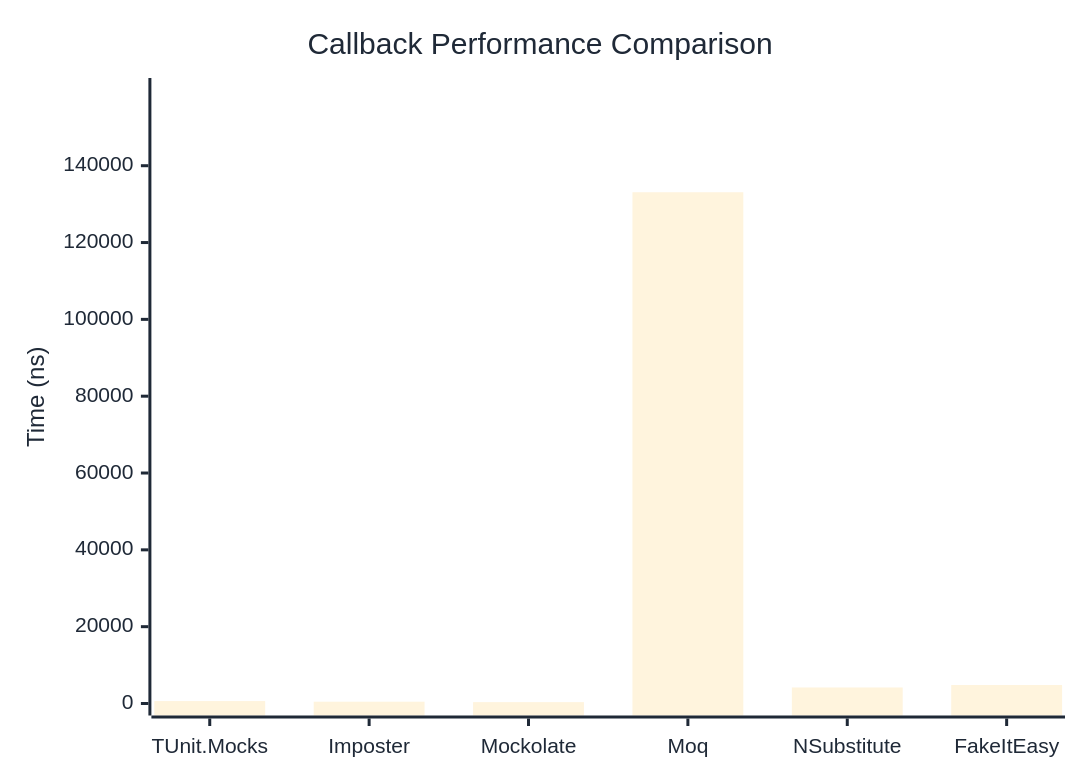
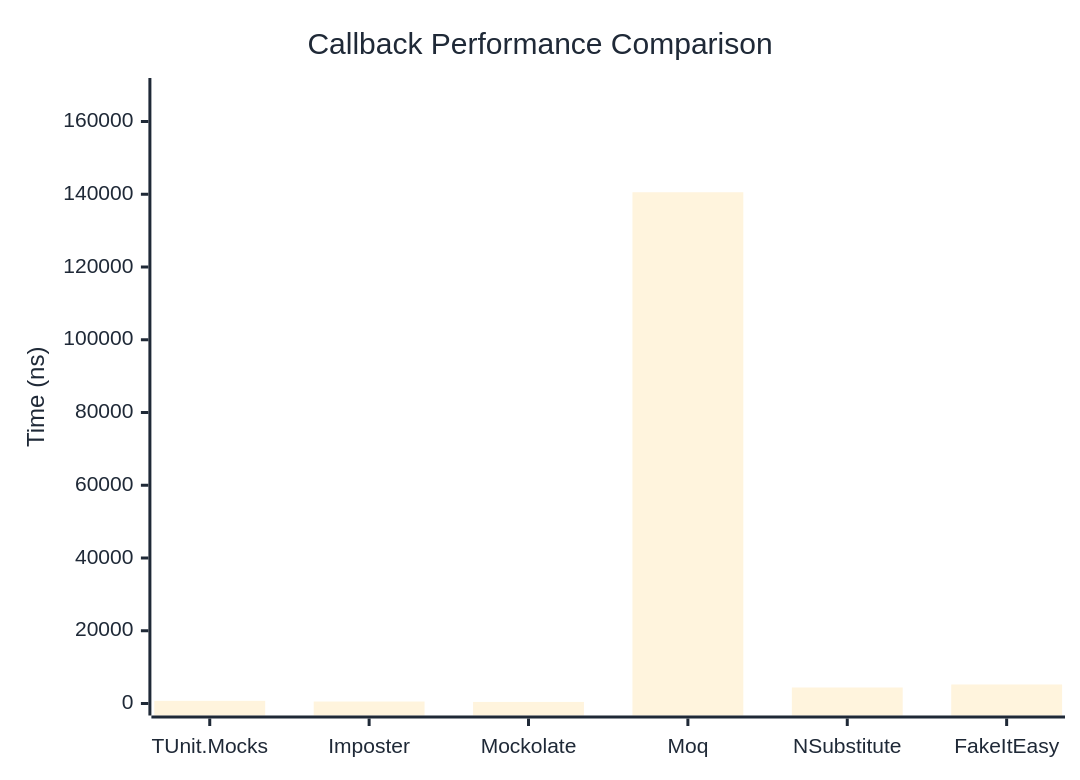
Before and after one commit to weiyilai/TUnit: the first of 2 diagrams in docs/docs/benchmarks/mocks/Callback.md, drawn with Mermaid. The commit also changed other lines of this file and 14 other files, not shown here.

````diff
--- a/docs/docs/benchmarks/mocks/Callback.md
+++ b/docs/docs/benchmarks/mocks/Callback.md
@@ -28,27 +28,27 @@
 ```mermaid
 %%{init: {
   'theme':'base',
   'themeVariables': {
     'primaryColor': '#2563eb',
     'primaryTextColor': '#1f2937',
     'primaryBorderColor': '#1e40af',
     'lineColor': '#6b7280',
     'secondaryColor': '#7c3aed',
     'tertiaryColor': '#dc2626',
     'background': '#ffffff',
     'pie1': '#2563eb',
     'pie2': '#7c3aed',
     'pie3': '#dc2626',
     'pie4': '#f59e0b',
     'pie5': '#10b981',
     'pie6': '#06b6d4',
     'pie7': '#ec4899',
     'pie8': '#6366f1'
   }
 }}%%
 xychart-beta
   title "Callback Performance Comparison"
   x-axis ["TUnit.Mocks", "Imposter", "Mockolate", "Moq", "NSubstitute", "FakeItEasy"]
-  y-axis "Time (ns)" 0 --> 159710
-  bar [632.1, 470.8, 352.7, 133091.6, 4171.9, 4812]
+  y-axis "Time (ns)" 0 --> 168662
+  bar [731.1, 542.4, 431.7, 140551.6, 4399.2, 5226.8]
 ```
````
